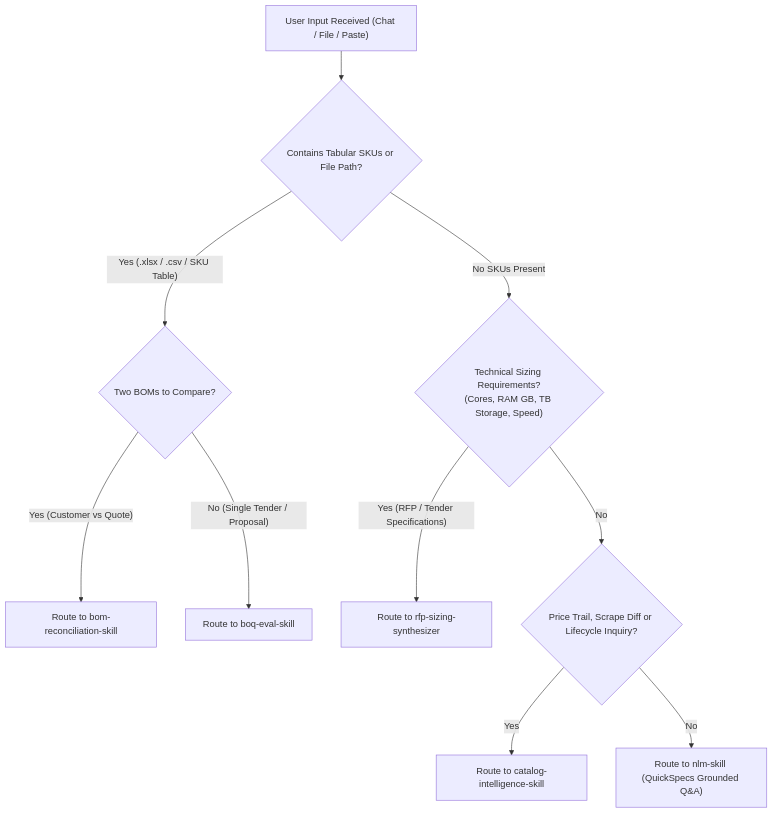
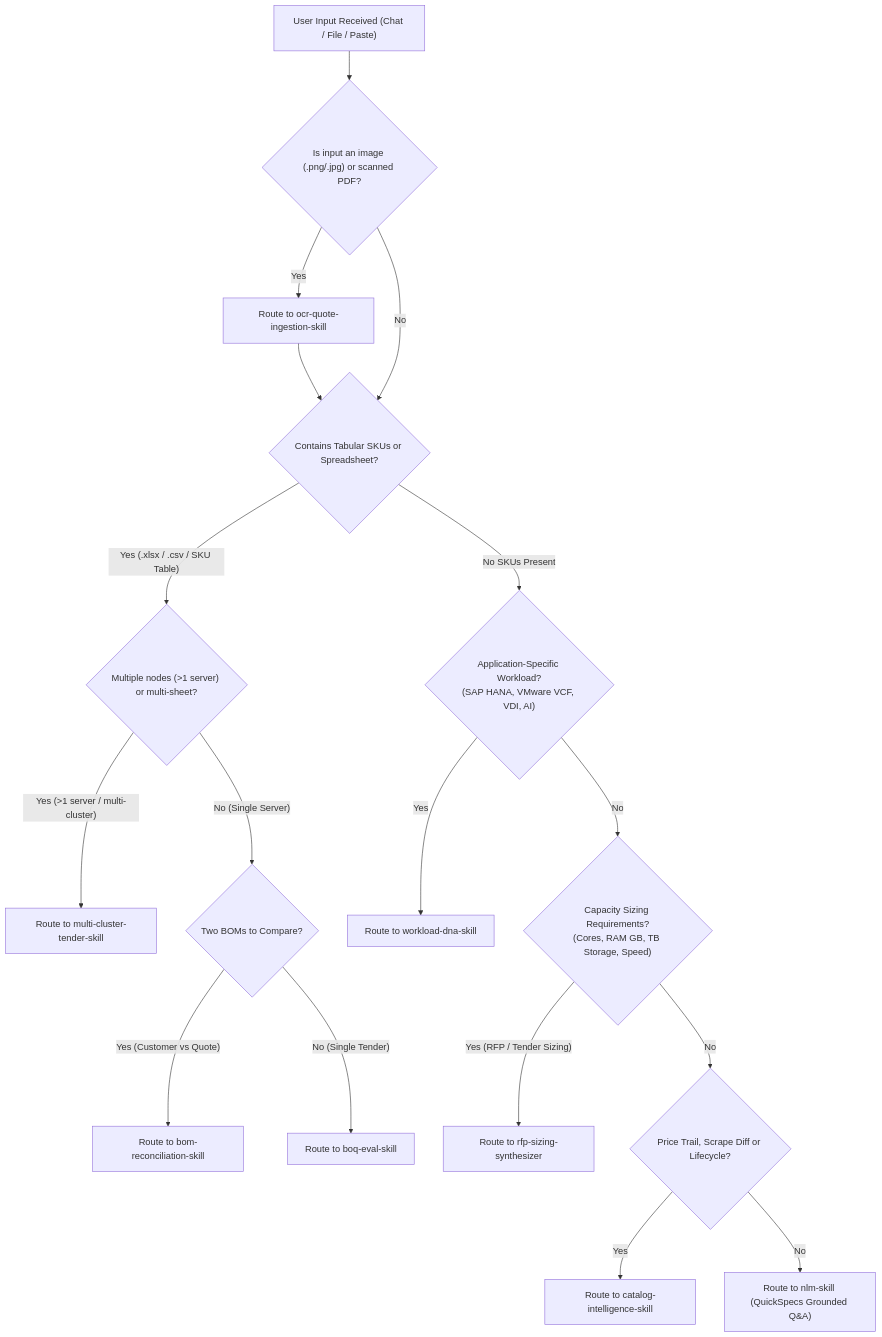
One commit to vinodhsubramanian123/updatedVendorScrapingNotebook-v2 changed the diagram in .agents/skills/presales-query-router/SKILL.md. Above: the diagram before and after it, drawn with Mermaid. The commit also changed other lines of this file and 21 other files, not shown here.

````diff
--- a/.agents/skills/presales-query-router/SKILL.md
+++ b/.agents/skills/presales-query-router/SKILL.md
@@ -28,14 +31,21 @@
 ```mermaid
 graph TD
-    A["User Input Received (Chat / File / Paste)"] --> B{"Contains Tabular SKUs or File Path?"}
+    A["User Input Received (Chat / File / Paste)"] --> B{"Is input an image (.png/.jpg) or scanned PDF?"}
+    B -- "Yes" --> B1["Route to ocr-quote-ingestion-skill"]
+    B1 --> C
+    B -- "No" --> C{"Contains Tabular SKUs or Spreadsheet?"}
     
-    B -- "Yes (.xlsx / .csv / SKU Table)" --> C{"Two BOMs to Compare?"}
-    C -- "Yes (Customer vs Quote)" --> D["Route to bom-reconciliation-skill"]
-    C -- "No (Single Tender / Proposal)" --> E["Route to boq-eval-skill"]
+    C -- "Yes (.xlsx / .csv / SKU Table)" --> D{"Multiple nodes (>1 server) or multi-sheet?"}
+    D -- "Yes (>1 server / multi-cluster)" --> D1["Route to multi-cluster-tender-skill"]
+    D -- "No (Single Server)" --> E{"Two BOMs to Compare?"}
+    E -- "Yes (Customer vs Quote)" --> F["Route to bom-reconciliation-skill"]
+    E -- "No (Single Tender)" --> G["Route to boq-eval-skill"]
     
-    B -- "No SKUs Present" --> F{"Technical Sizing Requirements?<br>(Cores, RAM GB, TB Storage, Speed)"}
-    F -- "Yes (RFP / Tender Specifications)" --> G["Route to rfp-sizing-synthesizer"]
-    F -- "No" --> H{"Price Trail, Scrape Diff or Lifecycle Inquiry?"}
-    H -- "Yes" --> I["Route to catalog-intelligence-skill"]
-    H -- "No" --> J["Route to nlm-skill (QuickSpecs Grounded Q&A)"]
+    C -- "No SKUs Present" --> H{"Application-Specific Workload?<br>(SAP HANA, VMware VCF, VDI, AI)"}
+    H -- "Yes" --> H1["Route to workload-dna-skill"]
+    H -- "No" --> I{"Capacity Sizing Requirements?<br>(Cores, RAM GB, TB Storage, Speed)"}
+    I -- "Yes (RFP / Tender Sizing)" --> J["Route to rfp-sizing-synthesizer"]
+    I -- "No" --> K{"Price Trail, Scrape Diff or Lifecycle?"}
+    K -- "Yes" --> L["Route to catalog-intelligence-skill"]
+    K -- "No" --> M["Route to nlm-skill (QuickSpecs Grounded Q&A)"]
 ```
````
